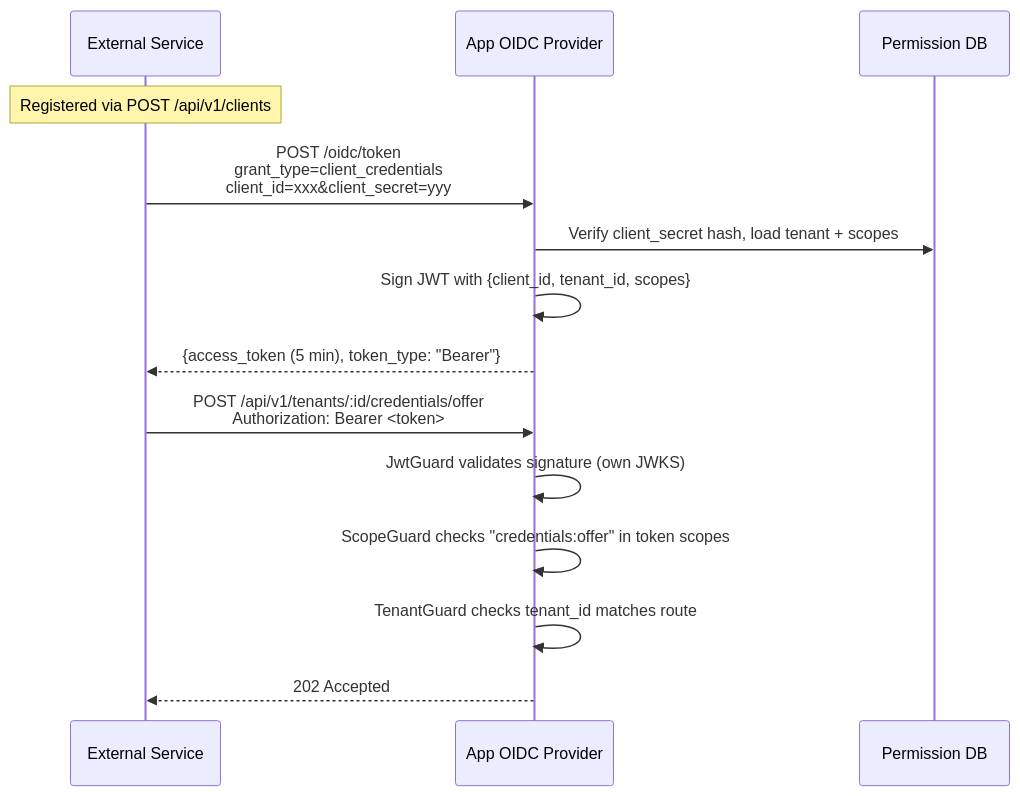
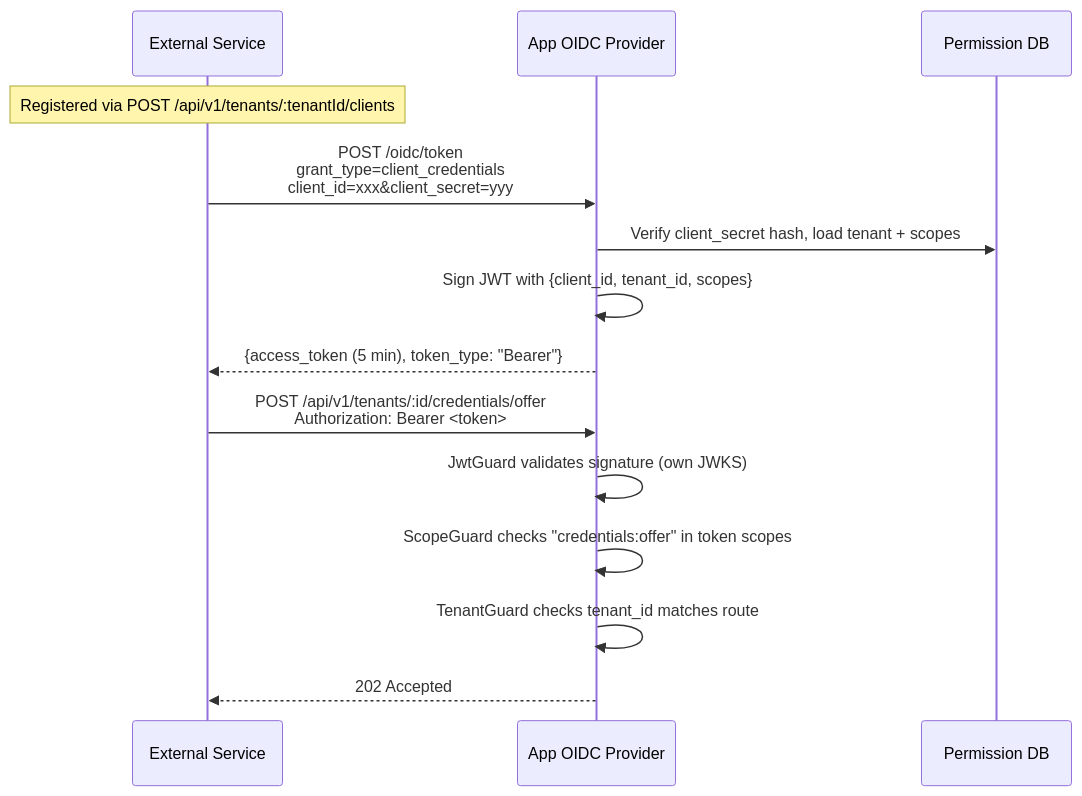
Diagram 15 of 22 in docs/ARCHITECTURE.md (bcgov/digital-trust-common-service), drawn with Mermaid before and after one commit. The commit also changed 26 other files, not shown here.

First line of the commit message:
feat(auth): add tenant-scoped OAuth client management API (#39) (#189)

````diff
--- a/docs/ARCHITECTURE.md
+++ b/docs/ARCHITECTURE.md
@@ -1004,18 +1004,18 @@
 ```mermaid
 sequenceDiagram
     participant Service as External Service
     participant App as App OIDC Provider
     participant DB as Permission DB
 
-    Note over Service: Registered via POST /api/v1/clients
+    Note over Service: Registered via POST /api/v1/tenants/:tenantId/clients
 
     Service->>App: POST /oidc/token<br/>grant_type=client_credentials<br/>client_id=xxx&client_secret=yyy
     App->>DB: Verify client_secret hash, load tenant + scopes
     App->>App: Sign JWT with {client_id, tenant_id, scopes}
     App-->>Service: {access_token (5 min), token_type: "Bearer"}
     Service->>App: POST /api/v1/tenants/:id/credentials/offer<br/>Authorization: Bearer <token>
     App->>App: JwtGuard validates signature (own JWKS)
     App->>App: ScopeGuard checks "credentials:offer" in token scopes
     App->>App: TenantGuard checks tenant_id matches route
     App-->>Service: 202 Accepted
 ```
````
